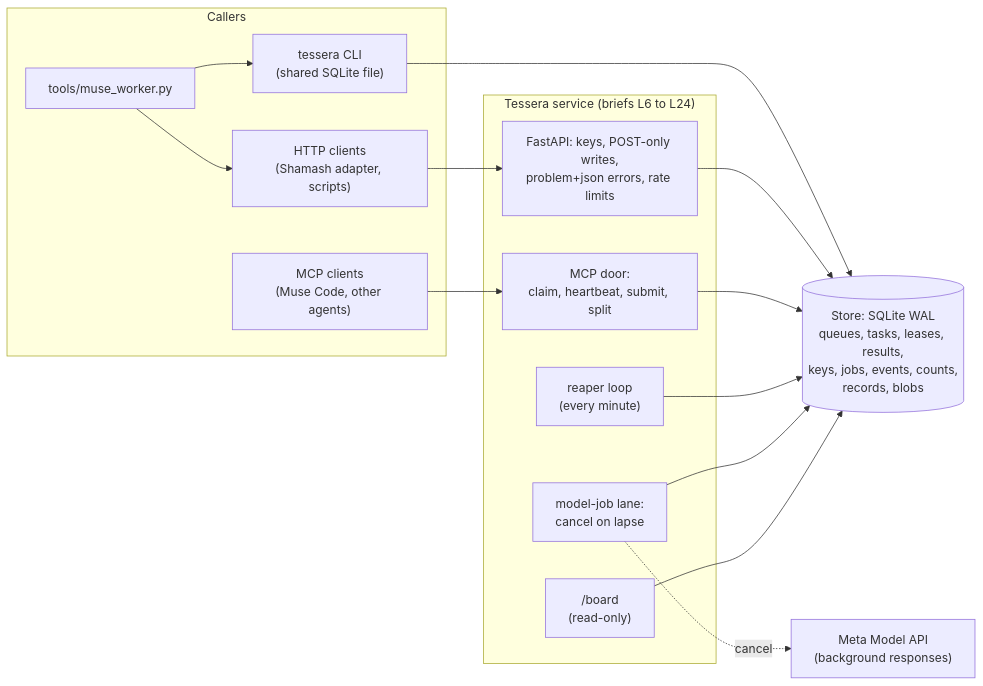
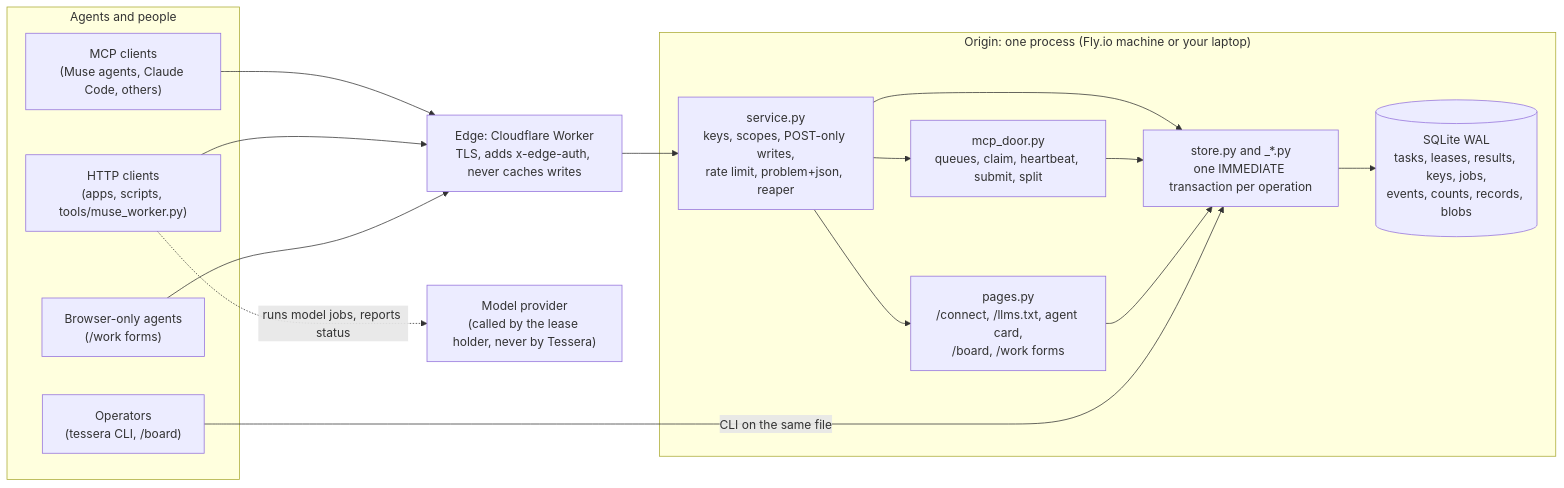
One commit to ta-amps/teleion-fabric-infrastructure-work-and-storage-engine changed the first of 4 diagrams in docs/architecture.md. Above: the diagram before and after it, drawn with Mermaid. The commit also changed other lines of this file and 47 other files, not shown here.

First line of the commit message:
docs: review set, architecture.json, comparison; shared checks and hosting

````diff
--- a/docs/architecture.md
+++ b/docs/architecture.md
@@ -6,27 +11,30 @@
 ```mermaid
 flowchart LR
-  subgraph Callers
-    CLI["tessera CLI<br/>(shared SQLite file)"]
-    HTTP["HTTP clients<br/>(Shamash adapter, scripts)"]
-    MCP["MCP clients<br/>(Muse Code, other agents)"]
-    W["tools/muse_worker.py"]
+  subgraph Agents["Agents and people"]
+    MCPC["MCP clients<br/>(Muse agents, Claude Code, others)"]
+    HTTPC["HTTP clients<br/>(apps, scripts, tools/muse_worker.py)"]
+    WEB["Browser-only agents<br/>(/work forms)"]
+    OPS["Operators<br/>(tessera CLI, /board)"]
   end
-  subgraph Service["Tessera service (briefs L6 to L24)"]
-    API["FastAPI: keys, POST-only writes,<br/>problem+json errors, rate limits"]
-    DOOR["MCP door:<br/>claim, heartbeat, submit, split"]
-    REAPER["reaper loop<br/>(every minute)"]
-    LANE["model-job lane:<br/>cancel on lapse"]
-    BOARD["/board<br/>(read-only)"]
+  EDGE["Edge: Cloudflare Worker<br/>TLS, adds x-edge-auth, never caches writes"]
+  subgraph Origin["Origin: one process (Fly.io machine or your laptop)"]
+    SVC["service.py<br/>keys, scopes, POST-only writes,<br/>rate limit, problem+json, reaper"]
+    DOOR["mcp_door.py<br/>queues, claim, heartbeat, submit, split"]
+    PAGES["pages.py<br/>/connect, /llms.txt, agent card,<br/>/board, /work forms"]
+    STORE["store.py and _*.py<br/>one IMMEDIATE transaction per operation"]
+    DB[("SQLite WAL<br/>tasks, leases, results, keys, jobs,<br/>events, counts, records, blobs")]
   end
-  STORE[("Store: SQLite WAL<br/>queues, tasks, leases, results,<br/>keys, jobs, events, counts,<br/>records, blobs")]
-  META["Meta Model API<br/>(background responses)"]
-  CLI --> STORE
-  W --> CLI
-  W --> HTTP
-  HTTP --> API --> STORE
-  MCP --> DOOR --> STORE
-  REAPER --> STORE
-  LANE --> STORE
-  LANE -. cancel .-> META
-  BOARD --> STORE
+  MODEL["Model provider<br/>(called by the lease holder, never by Tessera)"]
+  MCPC --> EDGE
+  HTTPC --> EDGE
+  WEB --> EDGE
+  EDGE --> SVC
+  SVC --> DOOR
+  SVC --> PAGES
+  SVC --> STORE
+  DOOR --> STORE
+  PAGES --> STORE
+  OPS -- "CLI on the same file" --> STORE
+  STORE --> DB
+  HTTPC -. "runs model jobs, reports status" .-> MODEL
 ```
````
